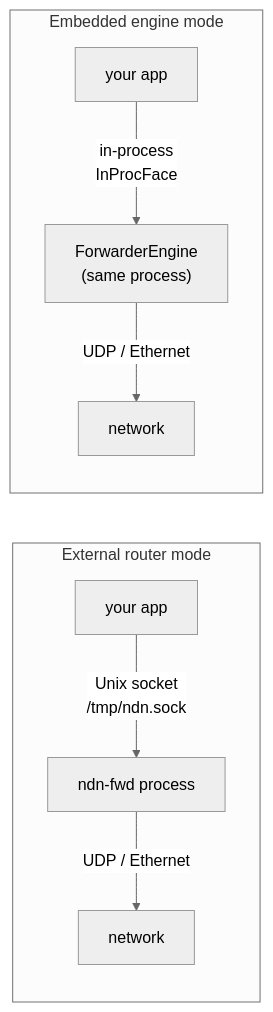
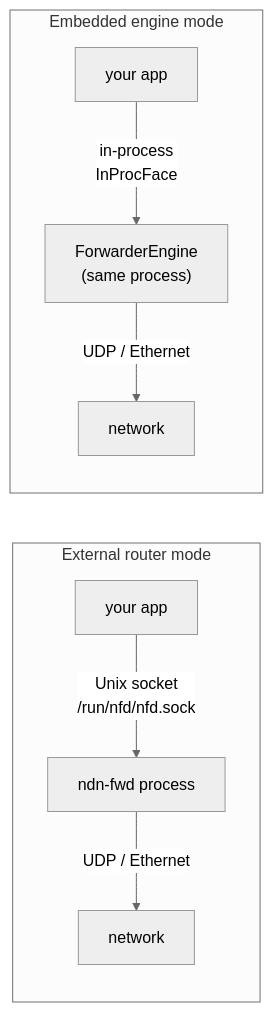
Before and after one commit to Quarmire/ndn-rs: the diagram in docs/wiki/src/guides/building-ndn-apps.md, drawn with Mermaid (neutral theme). The commit also changed other lines of this file and 12 other files, not shown here.

````diff
--- a/docs/wiki/src/guides/building-ndn-apps.md
+++ b/docs/wiki/src/guides/building-ndn-apps.md
@@ -9,12 +9,12 @@
 ```mermaid
 graph LR
     subgraph "External router mode"
-        App1["your app"] -->|"Unix socket\n/tmp/ndn.sock"| R["ndn-fwd process"]
+        App1["your app"] -->|"Unix socket\n/run/nfd/nfd.sock"| R["ndn-fwd process"]
         R -->|"UDP / Ethernet"| Net["network"]
     end
 
     subgraph "Embedded engine mode"
         App2["your app"] -->|"in-process\nInProcFace"| E["ForwarderEngine\n(same process)"]
         E -->|"UDP / Ethernet"| Net2["network"]
     end
 ```
````
